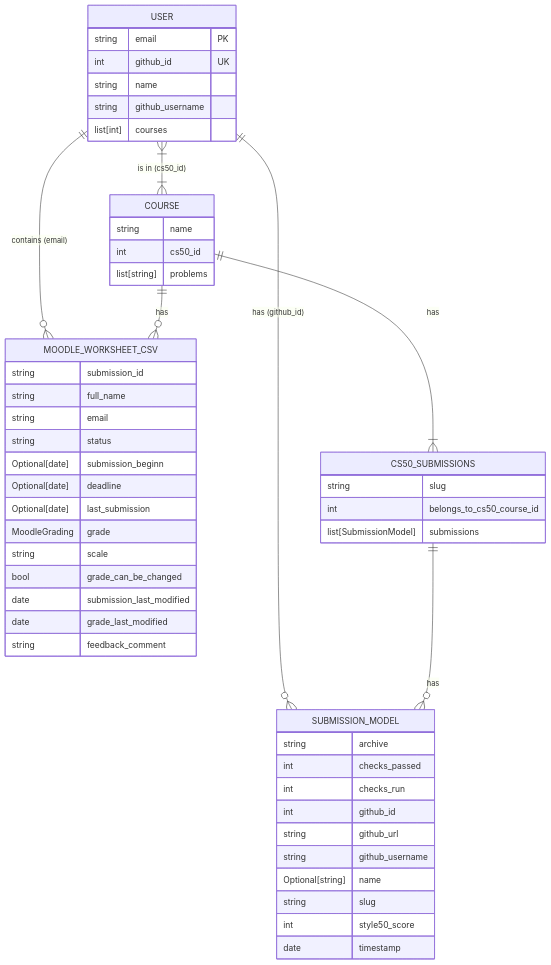
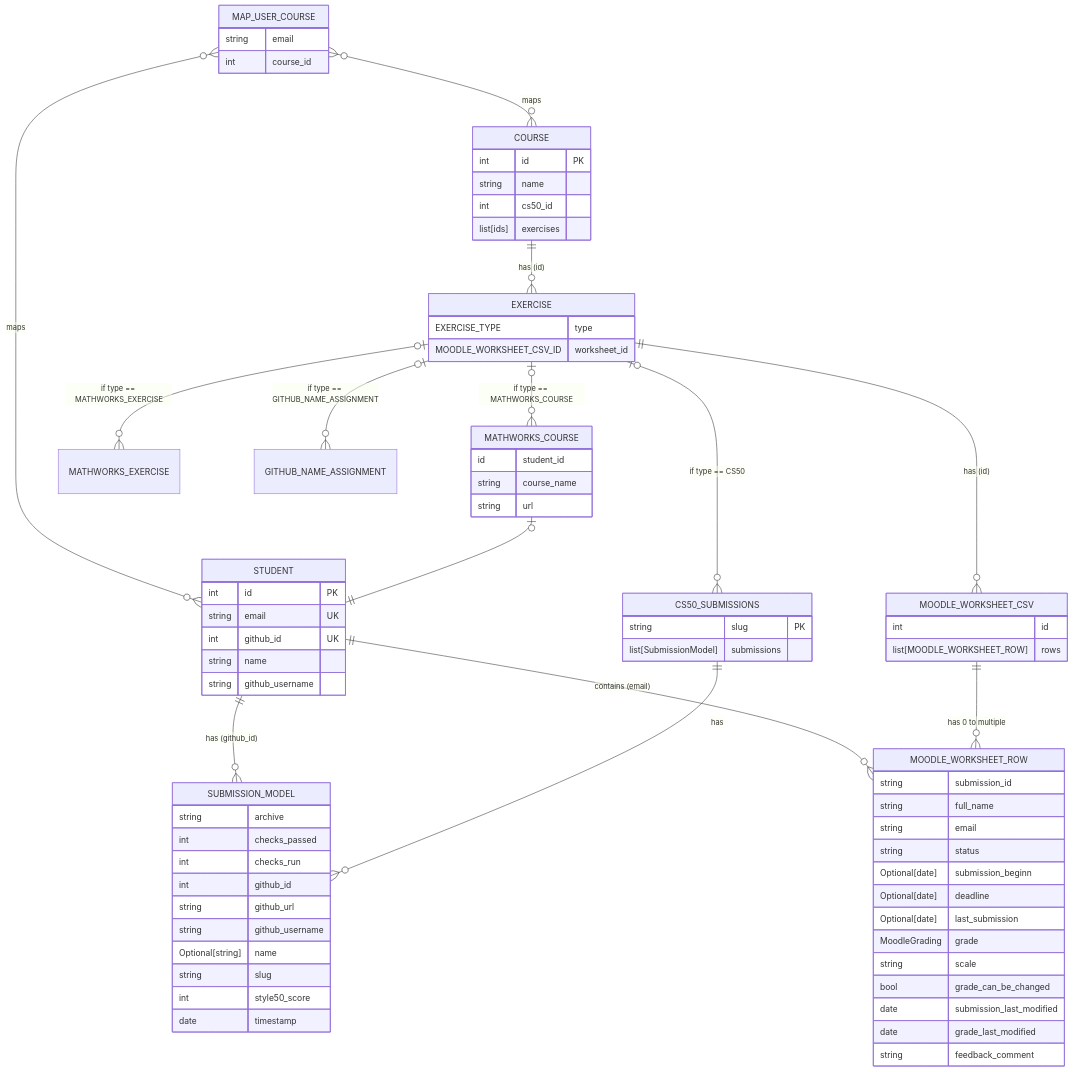
One commit to LeoKle/cs50-moodle-bridge changed the diagram in docs/data_relationship.mmd. Above: the diagram before and after it, drawn with Mermaid.

Commit message:
docs: update data relationship diagram

```diff
--- a/docs/data_relationship.mmd
+++ b/docs/data_relationship.mmd
@@ -1,62 +1,102 @@
 erDiagram
-    USER {
-        string email PK
+    %% STUDENT:
+    STUDENT {
+        int id PK
+        string email UK
         int github_id UK
         string name
         string github_username
-        list[int] courses
     }
 
-    USER 1 to many(0) SUBMISSION_MODEL : "has (github_id)"
-    USER 1 to many(0) MOODLE_WORKSHEET_CSV : "contains (email)"
-    USER many(1) to many(1) COURSE : "is in (cs50_id)"
+    STUDENT 1 to many(0) SUBMISSION_MODEL : "has (github_id)"
+    STUDENT 1 to many(0) MOODLE_WORKSHEET_ROW : "contains (email)"
 
-    %% COURSE_ID
-    %% COURSE_ID 1 to 1 COURSE : "has"
-    %% USER many(1) to many(1) COURSE_ID : "has"
+    %% STUDENT COURSE MAP
+    MAP_USER_COURSE {
+        string email
+        int course_id
+    }
 
+    MAP_USER_COURSE many(0) to many(0) STUDENT : "maps"
+    MAP_USER_COURSE many(0) to many(0) COURSE : "maps"
+
+    %% CS50 SUBMISSIONS
     CS50_SUBMISSIONS {
-        string slug
-        int belongs_to_cs50_course_id
+        string slug PK
         list[SubmissionModel] submissions
     }
 
     CS50_SUBMISSIONS 1 to zero or more SUBMISSION_MODEL : has
 
     SUBMISSION_MODEL {
         string archive
         int checks_passed
         int checks_run
         int github_id
         string github_url
         string github_username
         Optional[string] name
         string slug
         int style50_score
         date timestamp
     }
 
+    %% EXERCISE
+    EXERCISE {
+        EXERCISE_TYPE type
+        MOODLE_WORKSHEET_CSV_ID worksheet_id
+    }
+    EXERCISE 1 to many(0) MOODLE_WORKSHEET_CSV : "has (id)"
+    EXERCISE zero or one to many(0) CS50_SUBMISSIONS : "if type == CS50"
+    EXERCISE zero or one to many(0) MATHWORKS_COURSE : "if type == MATHWORKS_COURSE"
+    EXERCISE zero or one to many(0) MATHWORKS_EXERCISE : "if type == MATHWORKS_EXERCISE"
+    EXERCISE zero or one to many(0) GITHUB_NAME_ASSIGNMENT : "if type == GITHUB_NAME_ASSIGNMENT"
+
+    %% MOODLE WORKSHEET
     MOODLE_WORKSHEET_CSV {
+        int id
+        list[MOODLE_WORKSHEET_ROW] rows
+    }
+
+    MOODLE_WORKSHEET_CSV 1 to many(0) MOODLE_WORKSHEET_ROW : "has 0 to multiple"
+
+    MOODLE_WORKSHEET_ROW {
         string submission_id
         string full_name
         string email
         string status
         Optional[date] submission_beginn
         Optional[date] deadline
         Optional[date] last_submission
         MoodleGrading grade
         string scale
         bool grade_can_be_changed
         date submission_last_modified
         date grade_last_modified
         string feedback_comment
     }
 
+    %% COURSE
     COURSE {
+        int id PK
         string name
         int cs50_id
-        list[string] problems
+        list[ids] exercises
     }
+    COURSE 1 to many(0) EXERCISE : "has (id)"
 
-    COURSE 1 to many(1) CS50_SUBMISSIONS : "has"
-    COURSE 1 to many(0) MOODLE_WORKSHEET_CSV : "has"
+    %% MATHWORKS LINKS
+    MATHWORKS_COURSE {
+        id student_id
+        string course_name
+        string url
+    }
+    MATHWORKS_COURSE one or zero to one STUDENT : ""
+
+    %% MATHWORKS EXERCISES
+    MATHWORKS_EXERCISE 
+    %% data requirements unknown atm
+
+    %% GitHub name assignment
+    GITHUB_NAME_ASSIGNMENT 
+    %% doesn't require additional data
```
